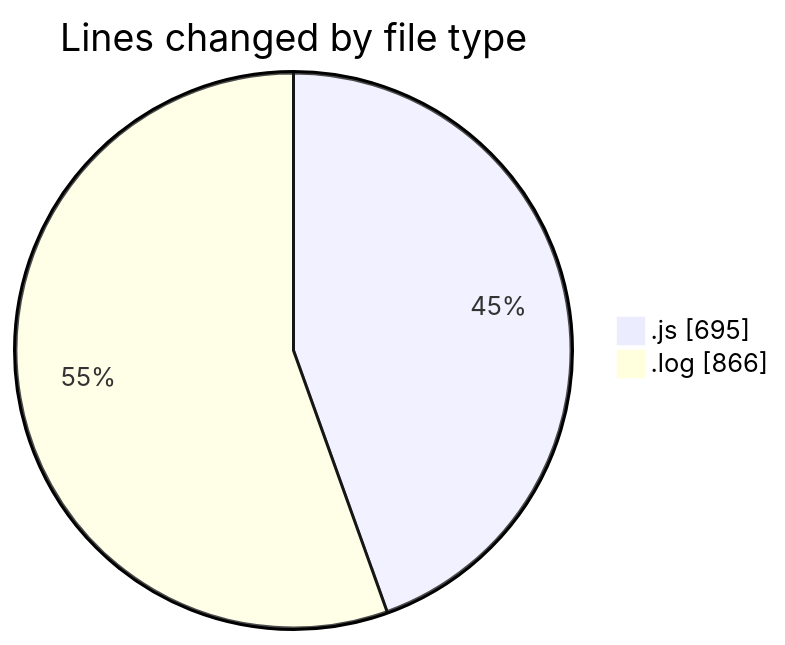
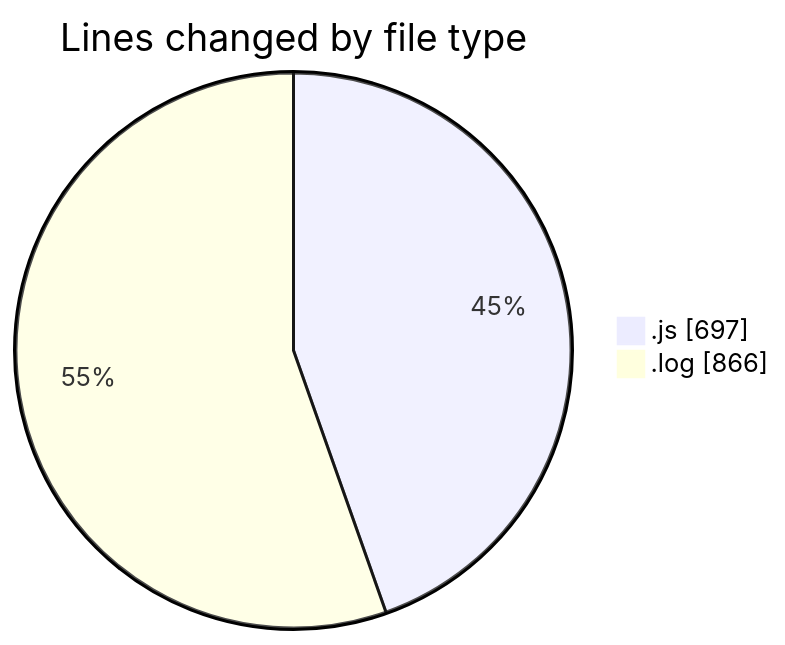
One commit to nxtqubesakshisongat/code-tracking changed the first of 2 diagrams in 2025-04-15/nxtqube_webapp/README.md. Above: the diagram before and after it, drawn with Mermaid. The commit also changed other lines of this file and 1 other file, not shown here.

````diff
--- a/2025-04-15/nxtqube_webapp/README.md
+++ b/2025-04-15/nxtqube_webapp/README.md
@@ -21,6 +21,6 @@
 ```mermaid
 pie showData
 title Lines changed by file type
-".js" : 695
+".js" : 697
 ".log" : 866
 ```
````
